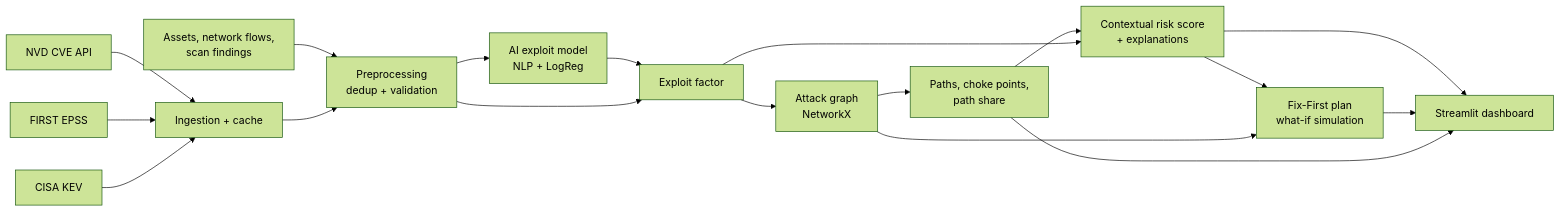
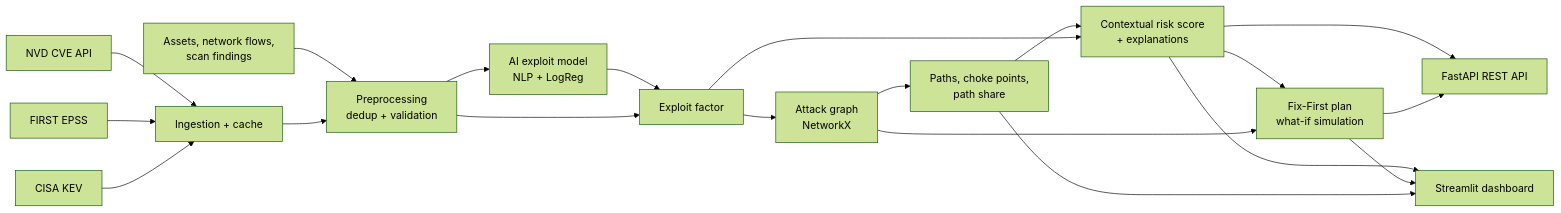
Before and after one commit to Ahanti05/vulnprio-ai: the diagram in README.md, drawn with Mermaid (forest theme). The commit also changed other lines of this file and 13 other files, not shown here.

First line of the commit message:
Add FastAPI backend, MITRE ATT&CK mapping, Docker and Render deployment

````diff
--- a/README.md
+++ b/README.md
@@ -44,20 +48,22 @@
 ```mermaid
 flowchart LR
   A[NVD CVE API] --> I[Ingestion + cache]
   B[FIRST EPSS] --> I
   C[CISA KEV] --> I
   D[Assets, network flows,<br/>scan findings] --> P[Preprocessing<br/>dedup + validation]
   I --> P
   P --> M[AI exploit model<br/>NLP + LogReg]
   M --> E[Exploit factor]
   P --> E
   E --> G[Attack graph<br/>NetworkX]
   G --> X[Paths, choke points,<br/>path share]
   X --> S[Contextual risk score<br/>+ explanations]
   E --> S
   S --> R[Fix-First plan<br/>what-if simulation]
   G --> R
   S --> UI[Streamlit dashboard]
+  S --> API[FastAPI REST API]
+  R --> API
   R --> UI
   X --> UI
 ```
````
